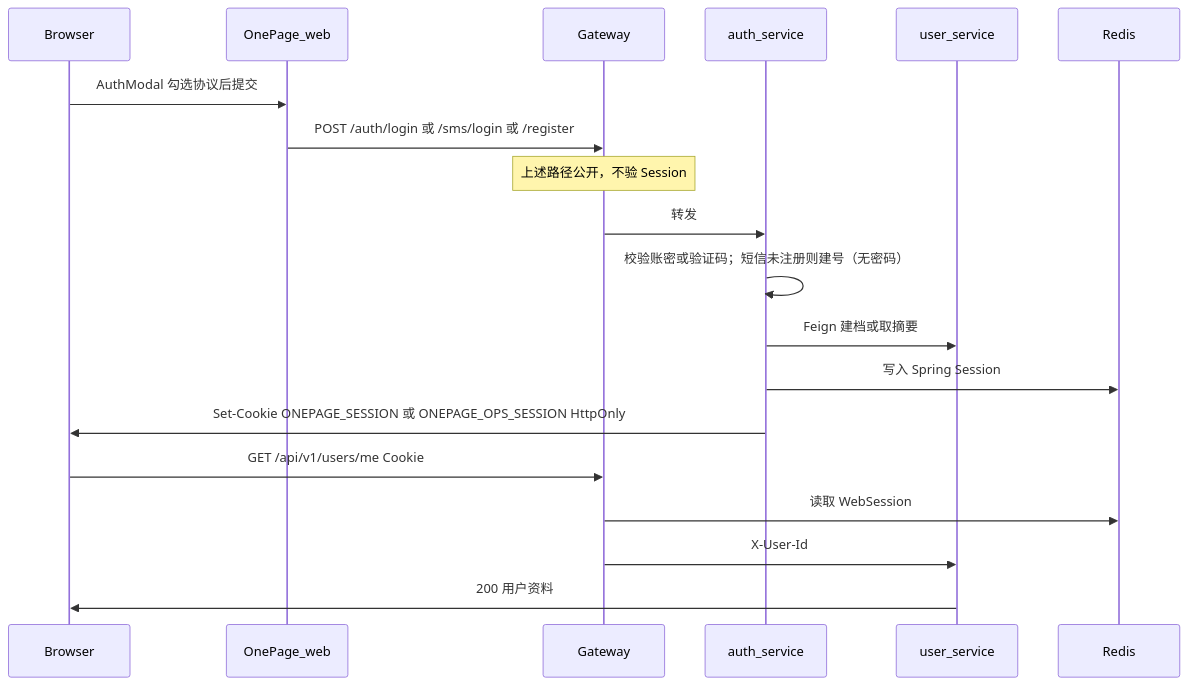
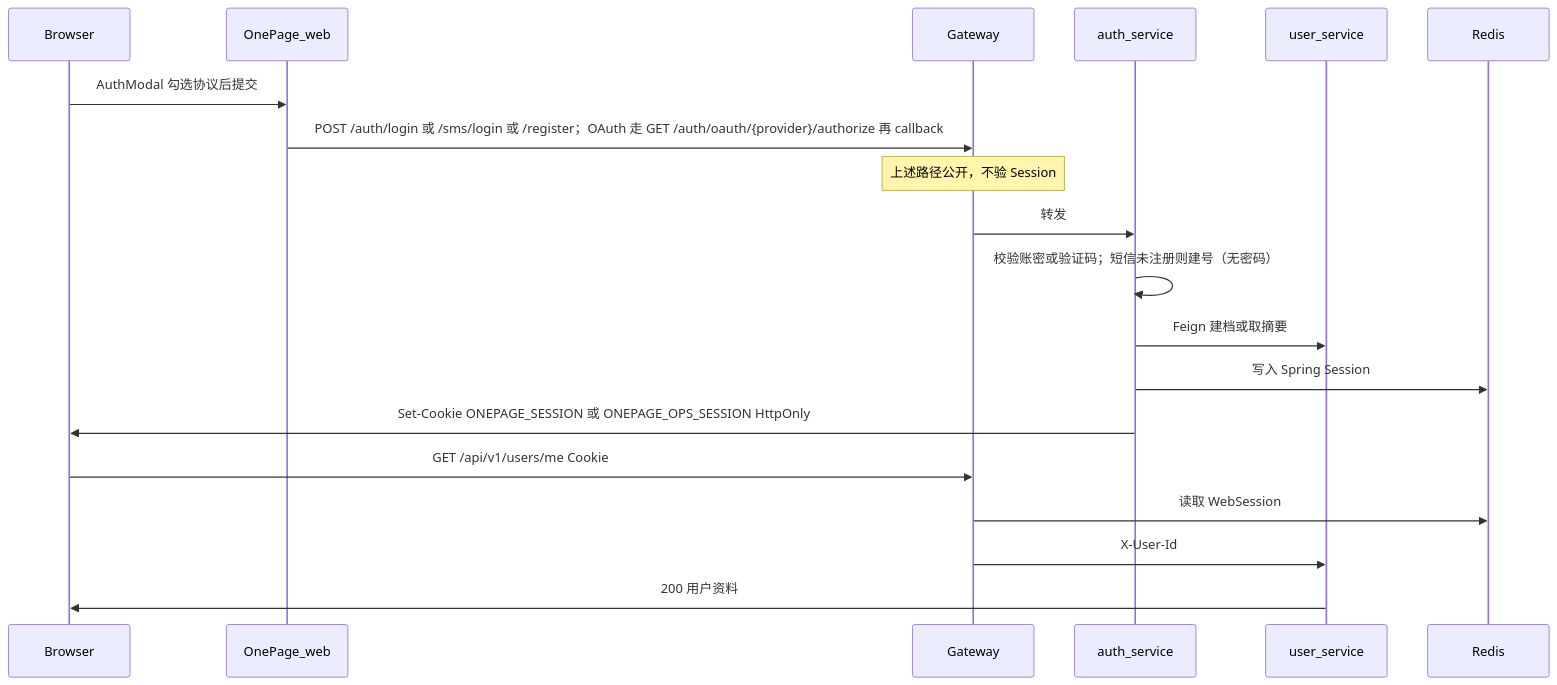
The fourth of 13 diagrams in agi-work-space/src/content/engineering/tech/diagrams.md (Yangleduo00337788/OnePage), drawn with Mermaid before and after one commit. The commit also changed 23 other files, not shown here.

````diff
--- a/agi-work-space/src/content/engineering/tech/diagrams.md
+++ b/agi-work-space/src/content/engineering/tech/diagrams.md
@@ -155,22 +155,22 @@
 ```mermaid
 sequenceDiagram
   participant B as Browser
   participant W as OnePage_web
   participant G as Gateway
   participant A as auth_service
   participant U as user_service
   participant R as Redis
 
   B->>W: AuthModal 勾选协议后提交
-  W->>G: POST /auth/login 或 /sms/login 或 /register
+  W->>G: POST /auth/login 或 /sms/login 或 /register；OAuth 走 GET /auth/oauth/{provider}/authorize 再 callback
   Note over G: 上述路径公开，不验 Session
   G->>A: 转发
   A->>A: 校验账密或验证码；短信未注册则建号（无密码）
   A->>U: Feign 建档或取摘要
   A->>R: 写入 Spring Session
   A->>B: Set-Cookie ONEPAGE_SESSION 或 ONEPAGE_OPS_SESSION HttpOnly
   B->>G: GET /api/v1/users/me Cookie
   G->>R: 读取 WebSession
   G->>U: X-User-Id
   U->>B: 200 用户资料
 ```
````
